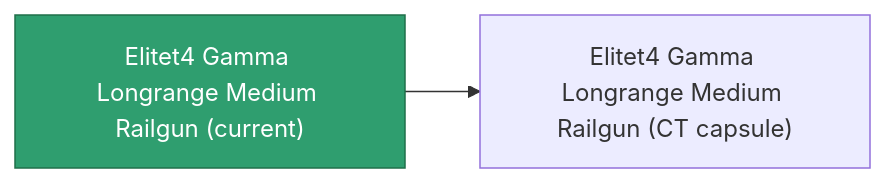
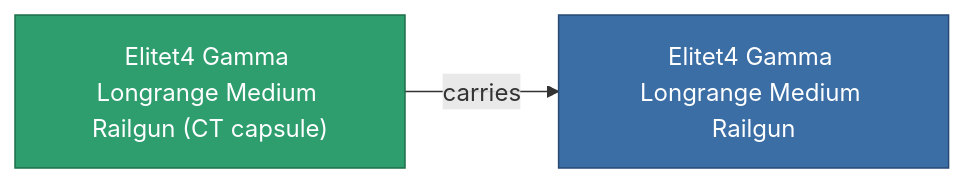
Before and after one commit to OpenPerpetuum/Wiki: the diagram in content/content/items/elitet4_gamma_longrange_medium_railgun.md, drawn with Mermaid. The commit also changed other lines of this file and 2015 other files, not shown here.

````diff
--- a/content/content/items/elitet4_gamma_longrange_medium_railgun.md
+++ b/content/content/items/elitet4_gamma_longrange_medium_railgun.md
@@ -39,8 +39,9 @@
 ```mermaid
 graph LR
-    a["Elitet4 Gamma Longrange Medium Railgun (current)"]:::current
-    b["Elitet4 Gamma Longrange Medium Railgun (CT capsule)"]
-    a --> b
-    click b "/content/items/elitet4-gamma-longrange-medium-railgun-ct-capsule/" "Elitet4 Gamma Longrange Medium Railgun (CT capsule)"
+    a["Elitet4 Gamma Longrange Medium Railgun (CT capsule)"]:::current
+    b["Elitet4 Gamma Longrange Medium Railgun"]:::finished
+    a -->|carries| b
+                click b "/content/items/elitet4-gamma-longrange-medium-railgun/" "Elitet4 Gamma Longrange Medium Railgun"
     classDef current fill:#2f9e6f,stroke:#1f6f4a,color:#ffffff
+    classDef finished fill:#3b6ea5,stroke:#274a75,color:#ffffff
 ```
````
